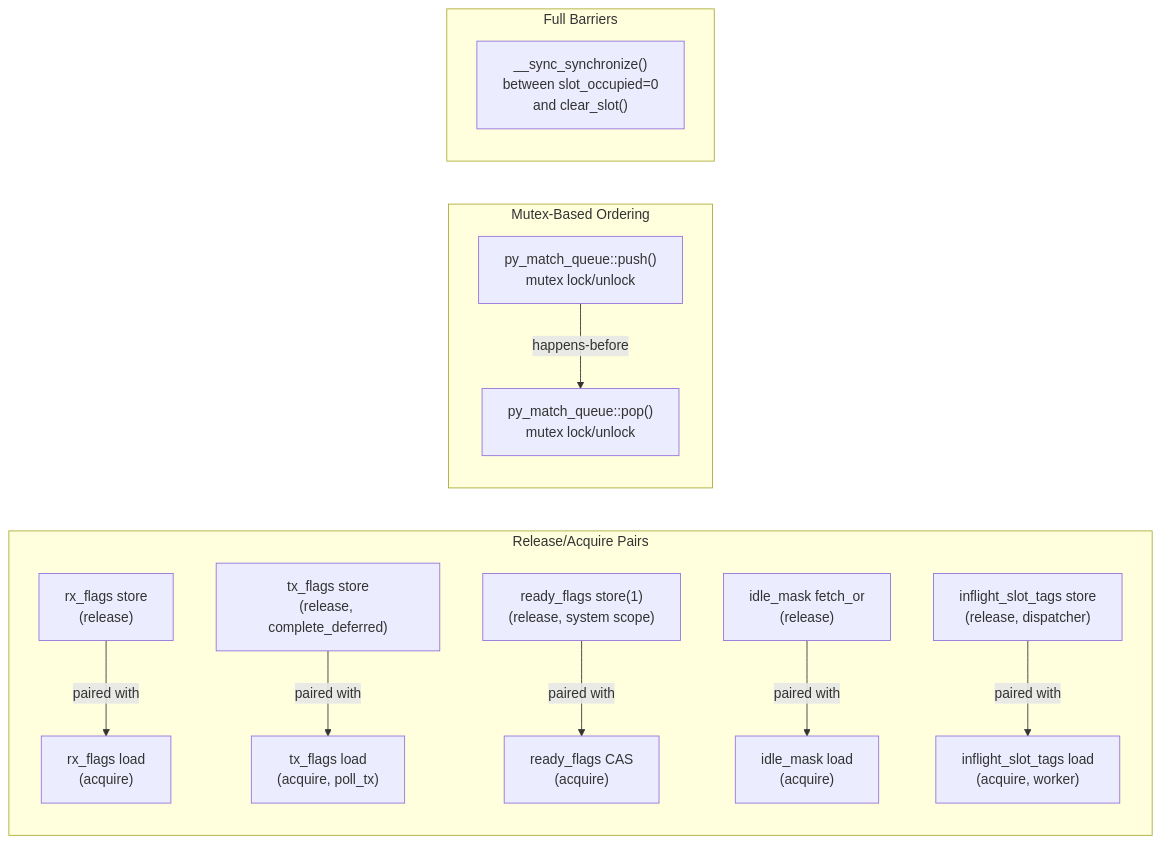
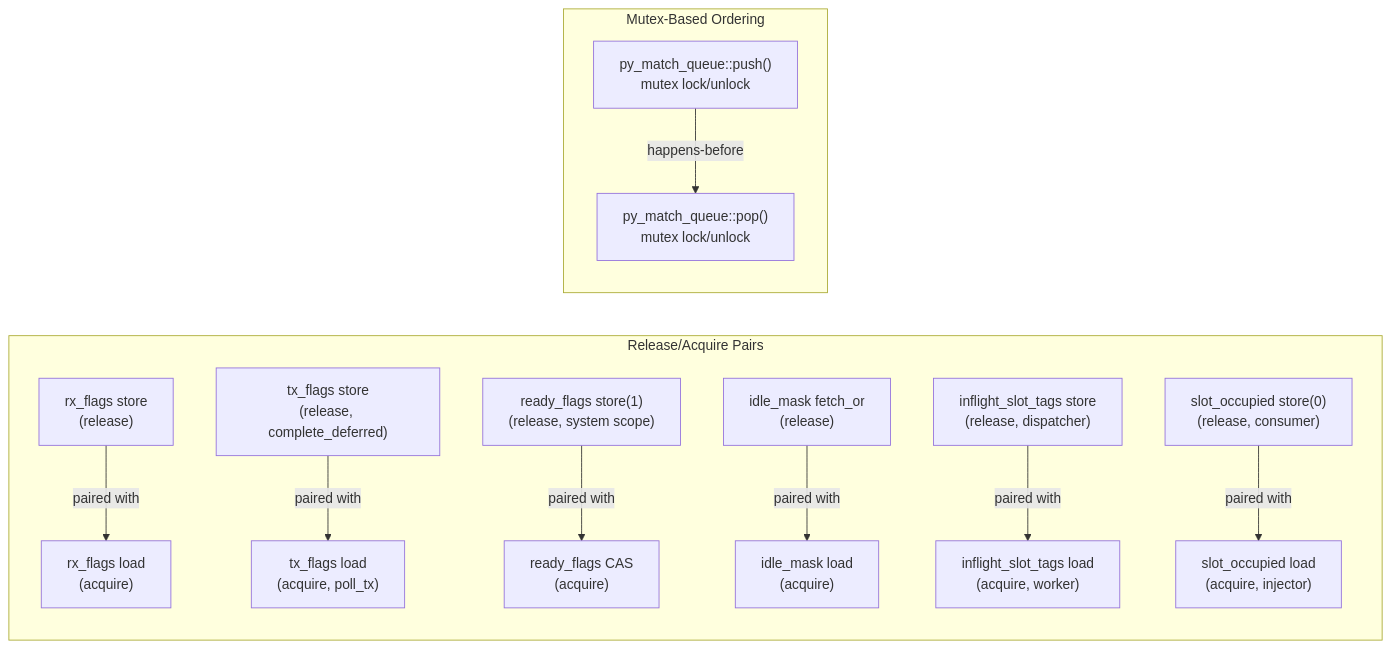
One commit to NVIDIA/cudaq-qec changed the seventh of 8 diagrams in libs/qec/lib/realtime/realtime_pipeline_architecture.md. Above: the diagram before and after it, drawn with Mermaid. The commit also changed other lines of this file and 2 other files, not shown here.

First line of the commit message:
Fix two slot-recycling races in the pipeline dispatch loop

````diff
--- a/libs/qec/lib/realtime/realtime_pipeline_architecture.md
+++ b/libs/qec/lib/realtime/realtime_pipeline_architecture.md
@@ -412,18 +416,15 @@
 ```mermaid
 flowchart LR
     subgraph "Release/Acquire Pairs"
         A["rx_flags store<br>(release)"] -->|"paired with"| B["rx_flags load<br>(acquire)"]
         C["tx_flags store<br>(release, complete_deferred)"] -->|"paired with"| D["tx_flags load<br>(acquire, poll_tx)"]
         E["ready_flags store(1)<br>(release, system scope)"] -->|"paired with"| F["ready_flags CAS<br>(acquire)"]
         G["idle_mask fetch_or<br>(release)"] -->|"paired with"| H["idle_mask load<br>(acquire)"]
         M["inflight_slot_tags store<br>(release, dispatcher)"] -->|"paired with"| N["inflight_slot_tags load<br>(acquire, worker)"]
+        K["slot_occupied store(0)<br>(release, consumer)"] -->|"paired with"| L["slot_occupied load<br>(acquire, injector)"]
     end
 
     subgraph "Mutex-Based Ordering"
         I["py_match_queue::push()<br>mutex lock/unlock"] -->|"happens-before"| J["py_match_queue::pop()<br>mutex lock/unlock"]
     end
-
-    subgraph "Full Barriers"
-        K["__sync_synchronize()<br>between slot_occupied=0<br>and clear_slot()"]
-    end
 ```
````
